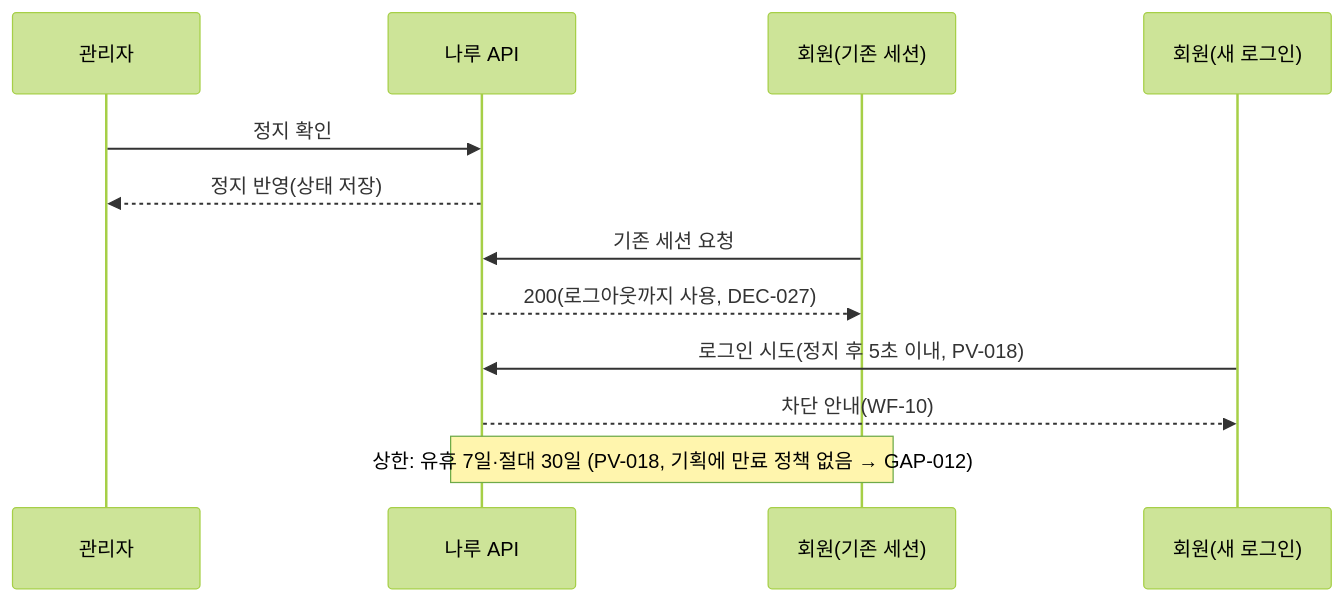
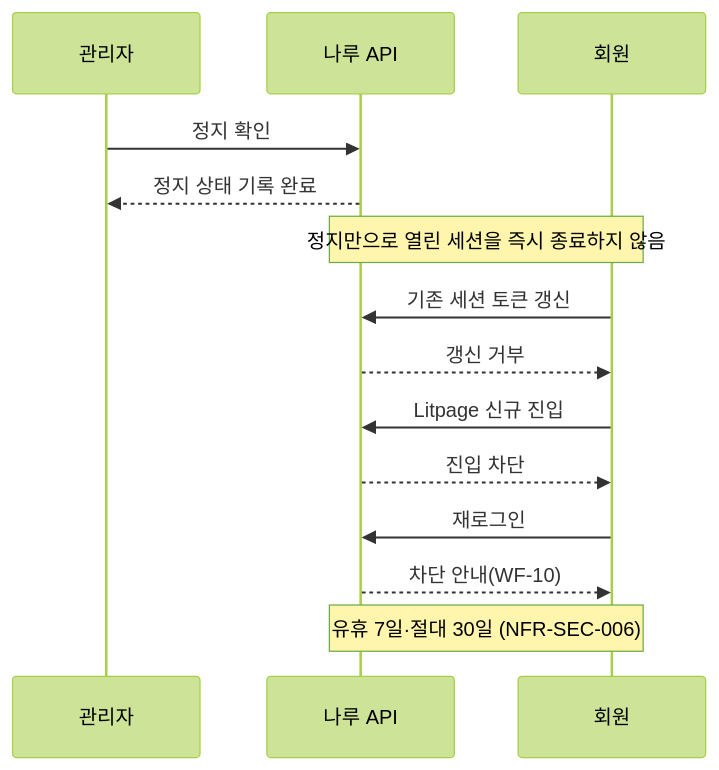
Before and after one commit to HoBaeBang/naruworks-platform: the third of 4 diagrams in docs/02-architecture/04-NFR-technical.md, drawn with Mermaid (forest theme). The commit also changed other lines of this file and 10 other files, not shown here.

````diff
--- a/docs/02-architecture/04-NFR-technical.md
+++ b/docs/02-architecture/04-NFR-technical.md
@@ -182,14 +173,16 @@
 ```mermaid
 sequenceDiagram
   participant A as 관리자
   participant N as 나루 API
-  participant M as 회원(기존 세션)
-  participant G as 회원(새 로그인)
+  participant M as 회원
   A->>N: 정지 확인
-  N-->>A: 정지 반영(상태 저장)
-  M->>N: 기존 세션 요청
-  N-->>M: 200(로그아웃까지 사용, DEC-027)
-  G->>N: 로그인 시도(정지 후 5초 이내, PV-018)
-  N-->>G: 차단 안내(WF-10)
-  Note over M,N: 상한: 유휴 7일·절대 30일 (PV-018, 기획에 만료 정책 없음 → GAP-012)
+  N-->>A: 정지 상태 기록 완료
+  Note over M,N: 정지만으로 열린 세션을 즉시 종료하지 않음
+  M->>N: 기존 세션 토큰 갱신
+  N-->>M: 갱신 거부
+  M->>N: Litpage 신규 진입
+  N-->>M: 진입 차단
+  M->>N: 재로그인
+  N-->>M: 차단 안내(WF-10)
+  Note over M,N: 유휴 7일·절대 30일 (NFR-SEC-006)
 ```
````
